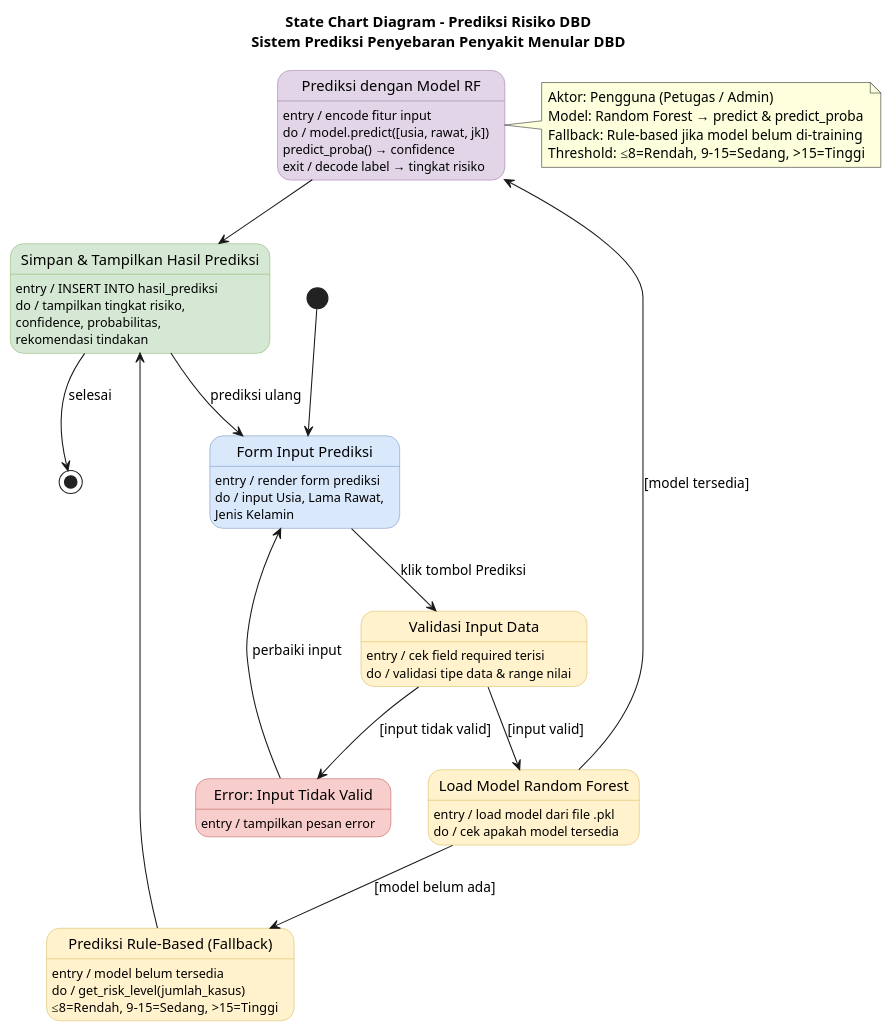
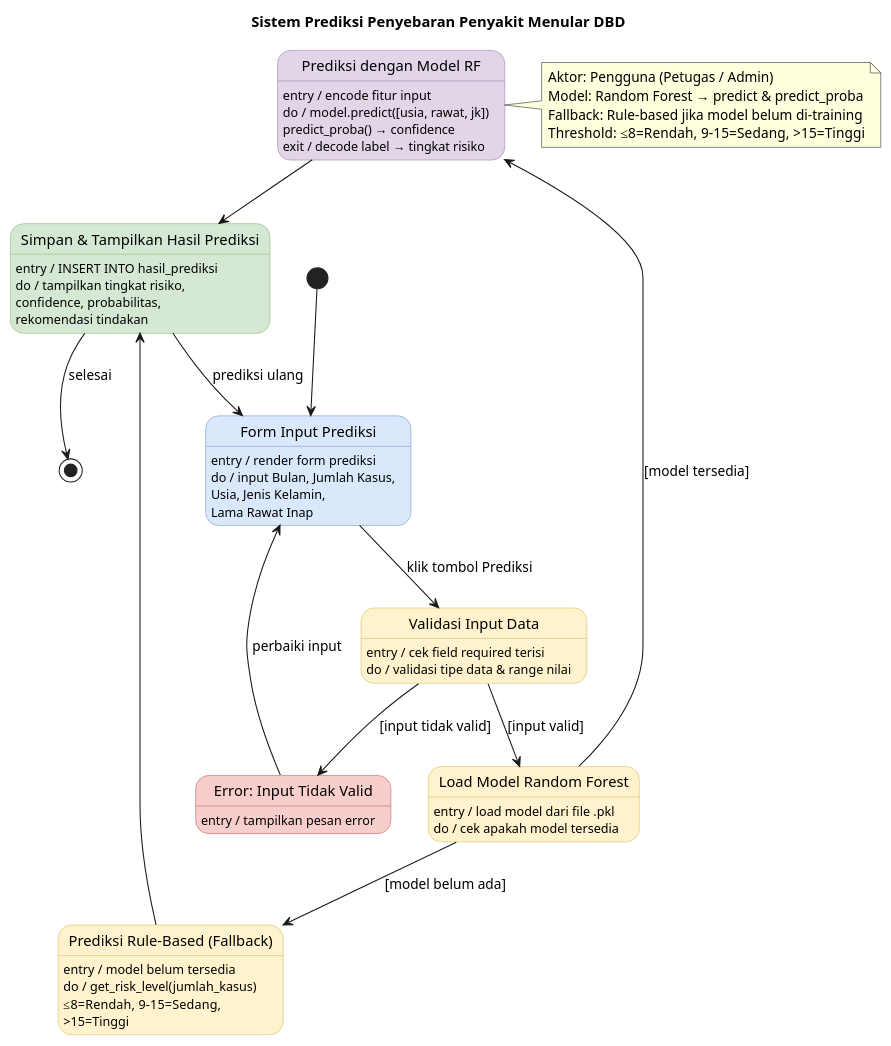
Before and after one commit to Suwardi87/prediksi-DBD: the diagram in Dokumen/UML/state_chart_prediksi.puml, drawn with PlantUML. The commit also changed 39 other files, not shown here.

```diff
--- a/Dokumen/UML/state_chart_prediksi.puml
+++ b/Dokumen/UML/state_chart_prediksi.puml
@@ -1,77 +1,80 @@
 @startuml State Chart - Prediksi Risiko DBD
-title State Chart Diagram - Prediksi Risiko DBD\nSistem Prediksi Penyebaran Penyakit Menular DBD
+title State Chart Diagram - Prediksi Risiko DBD
+title Sistem Prediksi Penyebaran Penyakit Menular DBD
 
 skinparam state {
   BackgroundColor<<blue>> #dae8fc
   BorderColor<<blue>> #6c8ebf
   BackgroundColor<<yellow>> #fff2cc
   BorderColor<<yellow>> #d6b656
   BackgroundColor<<green>> #d5e8d4
   BorderColor<<green>> #82b366
   BackgroundColor<<red>> #f8cecc
   BorderColor<<red>> #b85450
   BackgroundColor<<purple>> #e1d5e7
   BorderColor<<purple>> #9673a6
 }
 
 [*] --> FormPrediksi
 
 state "Form Input Prediksi" as FormPrediksi <<blue>> {
 }
 FormPrediksi : entry / render form prediksi
-FormPrediksi : do / input Usia, Lama Rawat,
-FormPrediksi :       Jenis Kelamin
+FormPrediksi : do / input Bulan, Jumlah Kasus,
+FormPrediksi :       Usia, Jenis Kelamin,
+FormPrediksi :       Lama Rawat Inap
 
 state "Validasi Input Data" as ValidasiInput <<yellow>> {
 }
 ValidasiInput : entry / cek field required terisi
 ValidasiInput : do / validasi tipe data & range nilai
 
 state "Error: Input Tidak Valid" as ErrorInput <<red>> {
 }
 ErrorInput : entry / tampilkan pesan error
 
 state "Load Model Random Forest" as LoadModel <<yellow>> {
 }
 LoadModel : entry / load model dari file .pkl
 LoadModel : do / cek apakah model tersedia
 
 state "Prediksi Rule-Based (Fallback)" as RuleBased <<yellow>> {
 }
 RuleBased : entry / model belum tersedia
 RuleBased : do / get_risk_level(jumlah_kasus)
-RuleBased :       ≤8=Rendah, 9-15=Sedang, >15=Tinggi
+RuleBased :       ≤8=Rendah, 9-15=Sedang,
+RuleBased :       >15=Tinggi
 
 state "Prediksi dengan Model RF" as ModelRF <<purple>> {
 }
 ModelRF : entry / encode fitur input
 ModelRF : do / model.predict([usia, rawat, jk])
 ModelRF :       predict_proba() → confidence
 ModelRF : exit / decode label → tingkat risiko
 
 state "Simpan & Tampilkan Hasil Prediksi" as HasilPrediksi <<green>> {
 }
 HasilPrediksi : entry / INSERT INTO hasil_prediksi
 HasilPrediksi : do / tampilkan tingkat risiko,
 HasilPrediksi :       confidence, probabilitas,
 HasilPrediksi :       rekomendasi tindakan
 
 FormPrediksi --> ValidasiInput : klik tombol Prediksi
 ValidasiInput --> ErrorInput : [input tidak valid]
 ErrorInput --> FormPrediksi : perbaiki input
 ValidasiInput --> LoadModel : [input valid]
 LoadModel --> RuleBased : [model belum ada]
 LoadModel --> ModelRF : [model tersedia]
 RuleBased --> HasilPrediksi
 ModelRF --> HasilPrediksi
 HasilPrediksi --> FormPrediksi : prediksi ulang
 HasilPrediksi --> [*] : selesai
 
 note right of ModelRF
   Aktor: Pengguna (Petugas / Admin)
   Model: Random Forest → predict & predict_proba
   Fallback: Rule-based jika model belum di-training
   Threshold: ≤8=Rendah, 9-15=Sedang, >15=Tinggi
 end note
 
 @enduml
```
